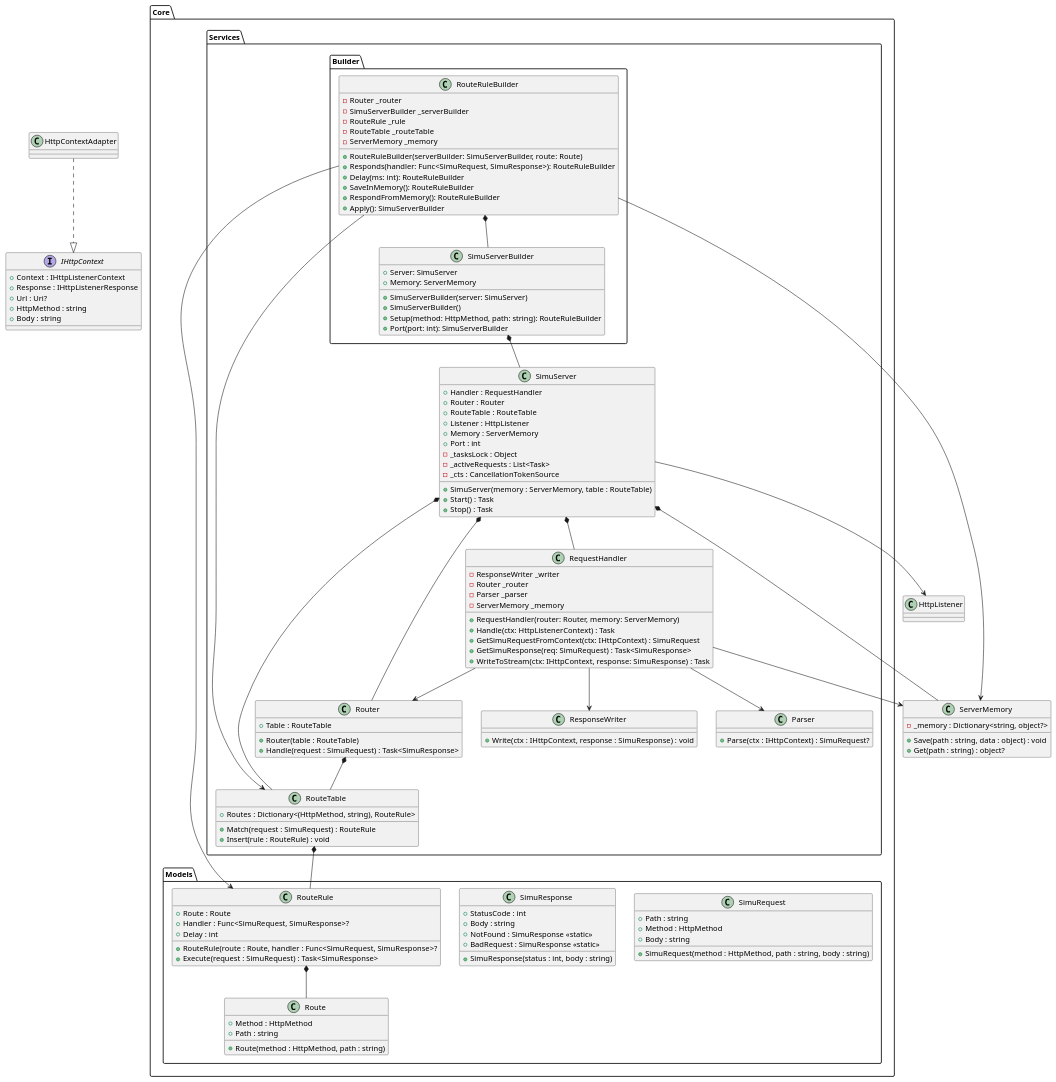
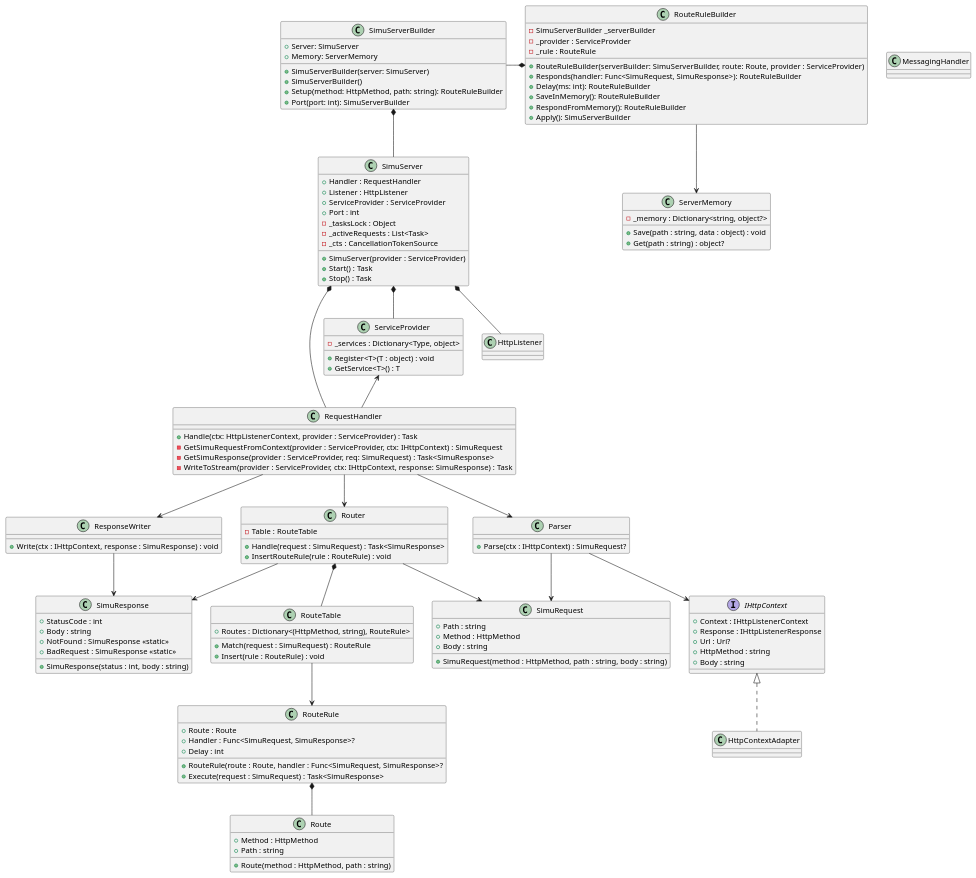
The diagram in SimuRest.Core/docs/Class.puml (Addurezz/SimuRest), drawn with PlantUML before and after one commit. The commit also changed 6 other files, not shown here.

Commit message:
refactor: seperated responsibilities of classes, clean up architecture - introduced a ServiceProvider class handling storing and retrieving of Services (Router, writer, parser, etc...) - classes no longer hold instances of the services used

```diff
--- a/SimuRest.Core/docs/Class.puml
+++ b/SimuRest.Core/docs/Class.puml
@@ -1,157 +1,151 @@
 @startuml
 'https://plantuml.com/class-diagram
-package Core.Services.Builder {
-    class RouteRuleBuilder {
-        - Router _router
-        - SimuServerBuilder _serverBuilder
-        - RouteRule _rule
-        - RouteTable _routeTable
-        - ServerMemory _memory
-    
-        + RouteRuleBuilder(serverBuilder: SimuServerBuilder, route: Route)
-        + Responds(handler: Func<SimuRequest, SimuResponse>): RouteRuleBuilder
-        + Delay(ms: int): RouteRuleBuilder
-        + SaveInMemory(): RouteRuleBuilder
-        + RespondFromMemory(): RouteRuleBuilder
-        + Apply(): SimuServerBuilder
-    }
-    
-    class SimuServerBuilder {
-        + Server: SimuServer
-        + Memory: ServerMemory
-        + SimuServerBuilder(server: SimuServer)
-        + SimuServerBuilder()
-        + Setup(method: HttpMethod, path: string): RouteRuleBuilder
-        + Port(port: int): SimuServerBuilder
-    }
+class RouteRuleBuilder {
+    - SimuServerBuilder _serverBuilder
+    - _provider : ServiceProvider
+    - _rule : RouteRule
+
+    + RouteRuleBuilder(serverBuilder: SimuServerBuilder, route: Route, provider : ServiceProvider)
+    + Responds(handler: Func<SimuRequest, SimuResponse>): RouteRuleBuilder
+    + Delay(ms: int): RouteRuleBuilder
+    + SaveInMemory(): RouteRuleBuilder
+    + RespondFromMemory(): RouteRuleBuilder
+    + Apply(): SimuServerBuilder
 }
+
+class SimuServerBuilder {
+    + Server: SimuServer
+    + Memory: ServerMemory
+    + SimuServerBuilder(server: SimuServer)
+    + SimuServerBuilder()
+    + Setup(method: HttpMethod, path: string): RouteRuleBuilder
+    + Port(port: int): SimuServerBuilder
+}
+
 
 interface IHttpContext {
     + Context : IHttpListenerContext
     + Response : IHttpListenerResponse
     + Url : Uri?
     + HttpMethod : string
     + Body : string
 }
 
 class HttpContextAdapter {
 }
 
 class ServerMemory {
     - _memory : Dictionary<string, object?>
     + Save(path : string, data : object) : void
     + Get(path : string) : object?
 }
 
-package Core.Models {
-    class SimuRequest {
-        + Path : string
-        + Method : HttpMethod
-        + Body : string
-        + SimuRequest(method : HttpMethod, path : string, body : string)
-    }
-    
-    class SimuResponse {
-        + StatusCode : int
-        + Body : string
-        + NotFound : SimuResponse <<static>>
-        + BadRequest : SimuResponse <<static>>
-        + SimuResponse(status : int, body : string)
-    }
-    
-    class Route {
-        + Method : HttpMethod
-        + Path : string
-        + Route(method : HttpMethod, path : string)
-    }
-    
-    class RouteRule {
-        + Route : Route
-        + Handler : Func<SimuRequest, SimuResponse>?
-        + Delay : int
-        + RouteRule(route : Route, handler : Func<SimuRequest, SimuResponse>?
-        + Execute(request : SimuRequest) : Task<SimuResponse>
-    }
+class SimuServer {
+    + Handler : RequestHandler
+    + Listener : HttpListener
+    + ServiceProvider : ServiceProvider
+    + Port : int
+    - _tasksLock : Object
+    - _activeRequests : List<Task>
+    - _cts : CancellationTokenSource
+
+    + SimuServer(provider : ServiceProvider)
+    + Start() : Task
+    + Stop() : Task
 }
 
-package Core.Services {
-    class SimuServer {
-        + Handler : RequestHandler
-        + Router : Router
-        + RouteTable : RouteTable
-        + Listener : HttpListener
-        + Memory : ServerMemory
-        + Port : int
-        - _tasksLock : Object
-        - _activeRequests : List<Task>
-        - _cts : CancellationTokenSource
-        
-        + SimuServer(memory : ServerMemory, table : RouteTable)
-        + Start() : Task
-        + Stop() : Task
-    }
-    
-    class RequestHandler {
-        - ResponseWriter _writer
-        - Router _router
-        - Parser _parser
-        - ServerMemory _memory
-    
-        + RequestHandler(router: Router, memory: ServerMemory)
-        + Handle(ctx: HttpListenerContext) : Task
-        + GetSimuRequestFromContext(ctx: IHttpContext) : SimuRequest
-        + GetSimuResponse(req: SimuRequest) : Task<SimuResponse>
-        + WriteToStream(ctx: IHttpContext, response: SimuResponse) : Task
-    }
-    
-    class RouteTable {
-        + {field} Routes : Dictionary<(HttpMethod, string), RouteRule>
-        + Match(request : SimuRequest) : RouteRule
-        + Insert(rule : RouteRule) : void
-    }
-    
-    class Router {
-        + Table : RouteTable
-        + Router(table : RouteTable)
-        + Handle(request : SimuRequest) : Task<SimuResponse>
-    }
-    
-    class ResponseWriter {
-        + Write(ctx : IHttpContext, response : SimuResponse) : void
-    }
-    
-    class Parser {
-        + Parse(ctx : IHttpContext) : SimuRequest?
-    }
-    
+class RequestHandler {
+    + Handle(ctx: HttpListenerContext, provider : ServiceProvider) : Task
+    - GetSimuRequestFromContext(provider : ServiceProvider, ctx: IHttpContext) : SimuRequest
+    - GetSimuResponse(provider : ServiceProvider, req: SimuRequest) : Task<SimuResponse>
+    - WriteToStream(provider : ServiceProvider, ctx: IHttpContext, response: SimuResponse) : Task
 }
 
+class Router {
+    - Table : RouteTable
+    + Handle(request : SimuRequest) : Task<SimuResponse>
+    + InsertRouteRule(rule : RouteRule) : void
+}
 
+class RouteTable {
+    + {field} Routes : Dictionary<(HttpMethod, string), RouteRule>
+    + Match(request : SimuRequest) : RouteRule
+    + Insert(rule : RouteRule) : void
+}
+
+class Route {
+    + Method : HttpMethod
+    + Path : string
+    + Route(method : HttpMethod, path : string)
+}
+
+class RouteRule {
+    + Route : Route
+    + Handler : Func<SimuRequest, SimuResponse>?
+    + Delay : int
+    + RouteRule(route : Route, handler : Func<SimuRequest, SimuResponse>?
+    + Execute(request : SimuRequest) : Task<SimuResponse>
+}
+
+class MessagingHandler {}
+
+class ResponseWriter {
+    + Write(ctx : IHttpContext, response : SimuResponse) : void
+}
+
+class Parser {
+    + Parse(ctx : IHttpContext) : SimuRequest?
+}   
+
+
+class ServiceProvider {
+    - {field}_services : Dictionary<Type, object>
+    + Register<T>(T : object) : void
+    + GetService<T>() : T
+}
+
+class SimuRequest {
+    + Path : string
+    + Method : HttpMethod
+    + Body : string
+    + SimuRequest(method : HttpMethod, path : string, body : string)
+}
+
+class SimuResponse {
+    + StatusCode : int
+    + Body : string
+    + NotFound : SimuResponse <<static>>
+    + BadRequest : SimuResponse <<static>>
+    + SimuResponse(status : int, body : string)
+}
+
+SimuServer *-- ServiceProvider
 SimuServer *-- RequestHandler
-SimuServer *-- Router
-SimuServer *-- RouteTable
-SimuServer *-- ServerMemory
-SimuServer --> HttpListener
+SimuServer *-- HttpListener
 
+RequestHandler -u-> ServiceProvider
+RequestHandler --> Router
 RequestHandler --> ResponseWriter
-RequestHandler --> Router
 RequestHandler --> Parser
-RequestHandler --> ServerMemory
+Router *-- RouteTable
 
-Router *-- RouteTable
-RouteTable *-- RouteRule
+RouteTable --> RouteRule
+
 RouteRule *-- Route
 
+IHttpContext <|.. HttpContextAdapter
 
-HttpContextAdapter ..|> IHttpContext
+Router --> SimuRequest
+Router --> SimuResponse
 
-RouteRuleBuilder --> RouteRule
-RouteRuleBuilder --> RouteTable
-RouteRuleBuilder *-- SimuServerBuilder
-RouteRuleBuilder --> ServerMemory
+ResponseWriter --> SimuResponse
+
+Parser --> SimuRequest
+Parser --> IHttpContext
 
 SimuServerBuilder *-- SimuServer
 
-
+RouteRuleBuilder *-l- SimuServerBuilder
+RouteRuleBuilder --> ServerMemory
 
 @enduml
```
